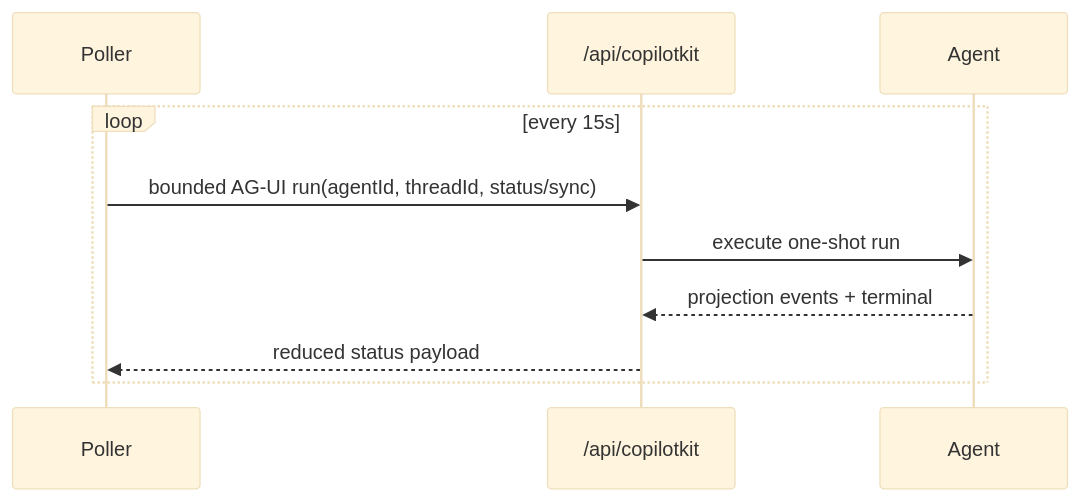
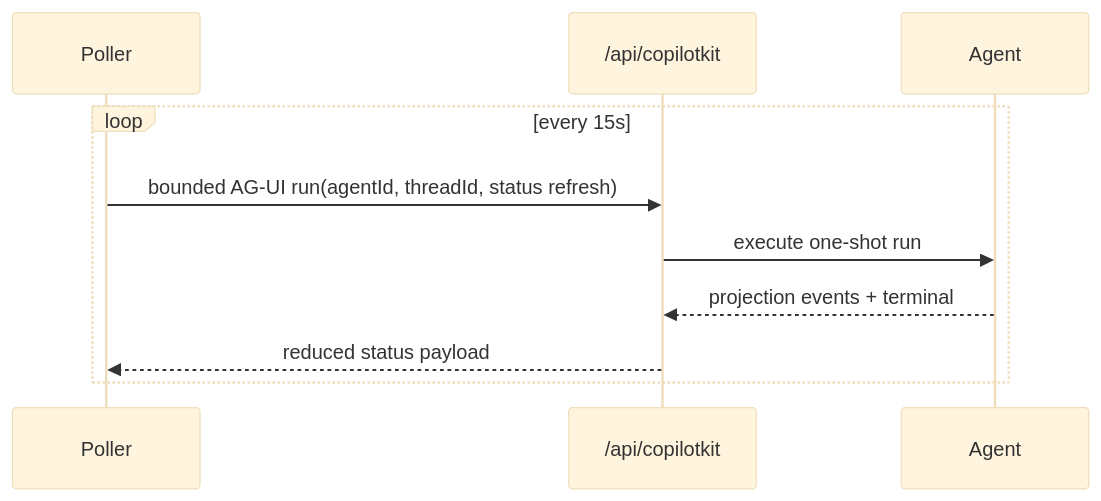
The fifth of 6 diagrams in typescript/clients/web-ag-ui/docs/c4-target-architecture-web-ag-ui-agents.md (EmberAGI/arbitrum-vibekit), drawn with Mermaid (base theme) before and after one commit. The commit also changed other lines of this file and 10 other files, not shown here.

````diff
--- a/typescript/clients/web-ag-ui/docs/c4-target-architecture-web-ag-ui-agents.md
+++ b/typescript/clients/web-ag-ui/docs/c4-target-architecture-web-ag-ui-agents.md
@@ -272,13 +272,13 @@
 ```mermaid
 sequenceDiagram
   participant Poller
   participant Runtime as /api/copilotkit
   participant Agent
 
   loop every 15s
-    Poller->>Runtime: bounded AG-UI run(agentId, threadId, status/sync)
+    Poller->>Runtime: bounded AG-UI run(agentId, threadId, status refresh)
     Runtime->>Agent: execute one-shot run
     Agent-->>Runtime: projection events + terminal
     Runtime-->>Poller: reduced status payload
   end
 ```
````
